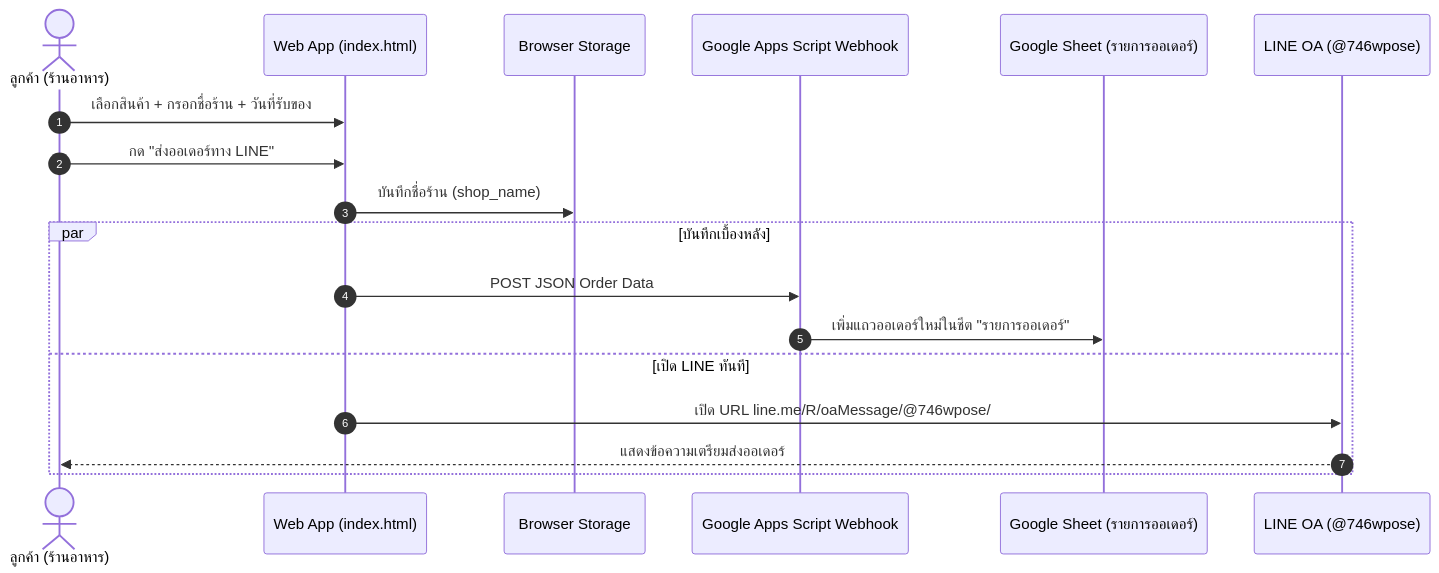
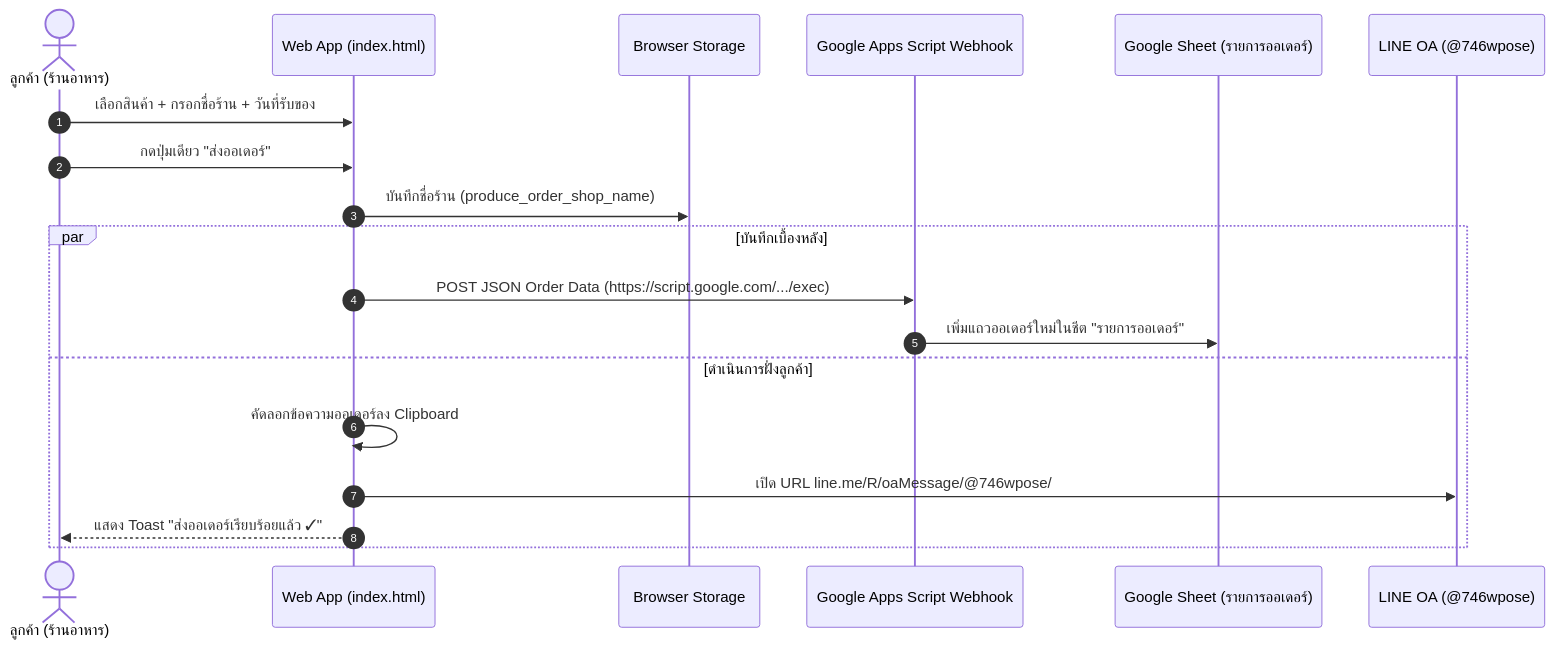
One commit to Fang14298/produce-order changed the diagram in docs/superpowers/specs/2026-08-09-google-sheet-auto-order-design.md. Above: the diagram before and after it, drawn with Mermaid. The commit also changed other lines of this file and 1 other file, not shown here.

Commit message:
feat: set live GAS webhook URL, simplify action UI to single submit button, and update design docs

````diff
--- a/docs/superpowers/specs/2026-08-09-google-sheet-auto-order-design.md
+++ b/docs/superpowers/specs/2026-08-09-google-sheet-auto-order-design.md
@@ -21,21 +22,22 @@
 ```mermaid
 sequenceDiagram
     autonumber
     actor Customer as ลูกค้า (ร้านอาหาร)
     participant WebApp as Web App (index.html)
     participant LocalStorage as Browser Storage
     participant GAS as Google Apps Script Webhook
     participant Sheet as Google Sheet (รายการออเดอร์)
     participant LINE as LINE OA (@746wpose)
 
     Customer->>WebApp: เลือกสินค้า + กรอกชื่อร้าน + วันที่รับของ
-    Customer->>WebApp: กด "ส่งออเดอร์ทาง LINE"
-    WebApp->>LocalStorage: บันทึกชื่อร้าน (shop_name)
+    Customer->>WebApp: กดปุ่มเดียว "ส่งออเดอร์"
+    WebApp->>LocalStorage: บันทึกชื่อร้าน (produce_order_shop_name)
     par บันทึกเบื้องหลัง
-        WebApp->>GAS: POST JSON Order Data
+        WebApp->>GAS: POST JSON Order Data (https://script.google.com/.../exec)
         GAS->>Sheet: เพิ่มแถวออเดอร์ใหม่ในชีต "รายการออเดอร์"
-    and เปิด LINE ทันที
+    and ดำเนินการฝั่งลูกค้า
+        WebApp->>WebApp: คัดลอกข้อความออเดอร์ลง Clipboard
         WebApp->>LINE: เปิด URL line.me/R/oaMessage/@746wpose/
-        LINE-->>Customer: แสดงข้อความเตรียมส่งออเดอร์
+        WebApp-->>Customer: แสดง Toast "ส่งออเดอร์เรียบร้อยแล้ว ✓"
     end
 ```
````
